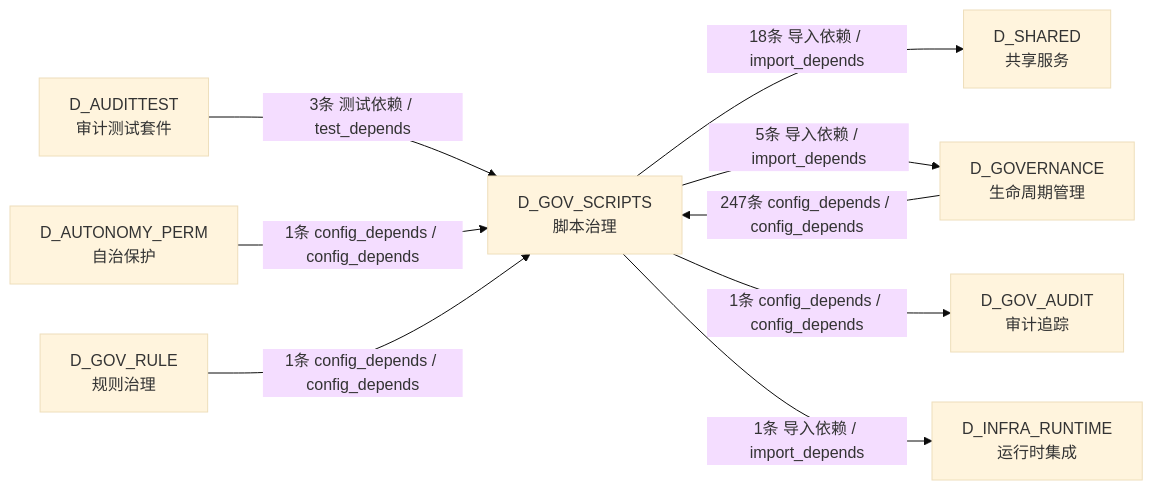
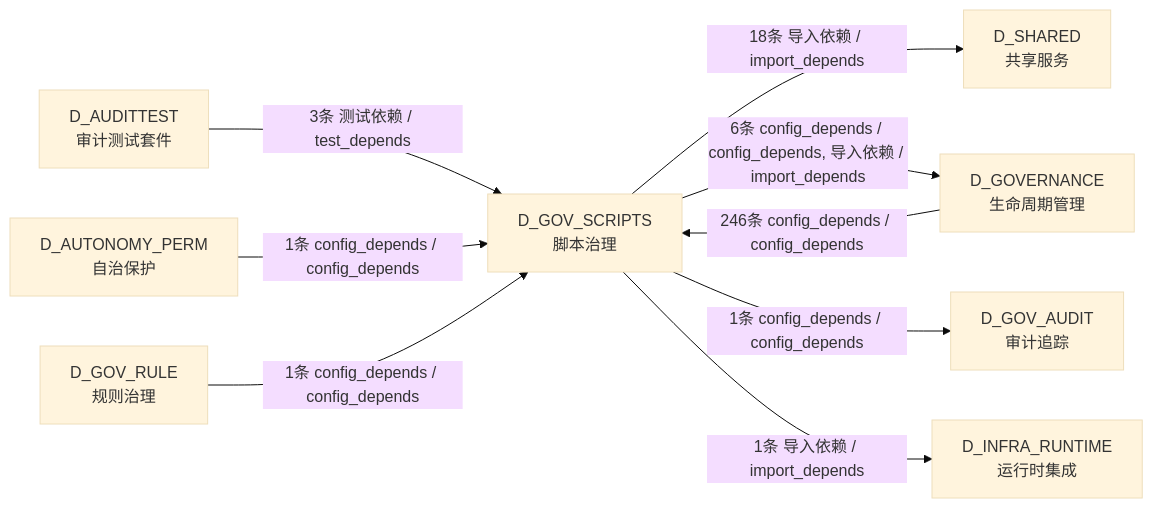
The sixth of 6 diagrams in docs/02_enterprise_architecture/02_domain_architecture_docs/44_d_gov_scripts.md (xuanFelixVan/ZephyrAlpha), drawn with Mermaid (base theme) before and after one commit. The commit also changed other lines of this file and 112 other files, not shown here.

````diff
--- a/docs/02_enterprise_architecture/02_domain_architecture_docs/44_d_gov_scripts.md
+++ b/docs/02_enterprise_architecture/02_domain_architecture_docs/44_d_gov_scripts.md
@@ -961,19 +962,19 @@
 ```mermaid
 graph LR
     D_GOV_SCRIPTS["D_GOV_SCRIPTS<br/>脚本治理"]
     D_SHARED["D_SHARED<br/>共享服务"]
     D_GOVERNANCE["D_GOVERNANCE<br/>生命周期管理"]
     D_GOV_AUDIT["D_GOV_AUDIT<br/>审计追踪"]
     D_INFRA_RUNTIME["D_INFRA_RUNTIME<br/>运行时集成"]
     D_AUDITTEST["D_AUDITTEST<br/>审计测试套件"]
     D_AUTONOMY_PERM["D_AUTONOMY_PERM<br/>自治保护"]
     D_GOV_RULE["D_GOV_RULE<br/>规则治理"]
     D_GOV_SCRIPTS -->|18条 导入依赖 / import_depends| D_SHARED
-    D_GOV_SCRIPTS -->|5条 导入依赖 / import_depends| D_GOVERNANCE
+    D_GOV_SCRIPTS -->|6条 config_depends / config_depends, 导入依赖 / import_depends| D_GOVERNANCE
     D_GOV_SCRIPTS -->|1条 config_depends / config_depends| D_GOV_AUDIT
     D_GOV_SCRIPTS -->|1条 导入依赖 / import_depends| D_INFRA_RUNTIME
-    D_GOVERNANCE -->|247条 config_depends / config_depends| D_GOV_SCRIPTS
+    D_GOVERNANCE -->|246条 config_depends / config_depends| D_GOV_SCRIPTS
     D_AUDITTEST -->|3条 测试依赖 / test_depends| D_GOV_SCRIPTS
     D_AUTONOMY_PERM -->|1条 config_depends / config_depends| D_GOV_SCRIPTS
     D_GOV_RULE -->|1条 config_depends / config_depends| D_GOV_SCRIPTS
 ```
````
